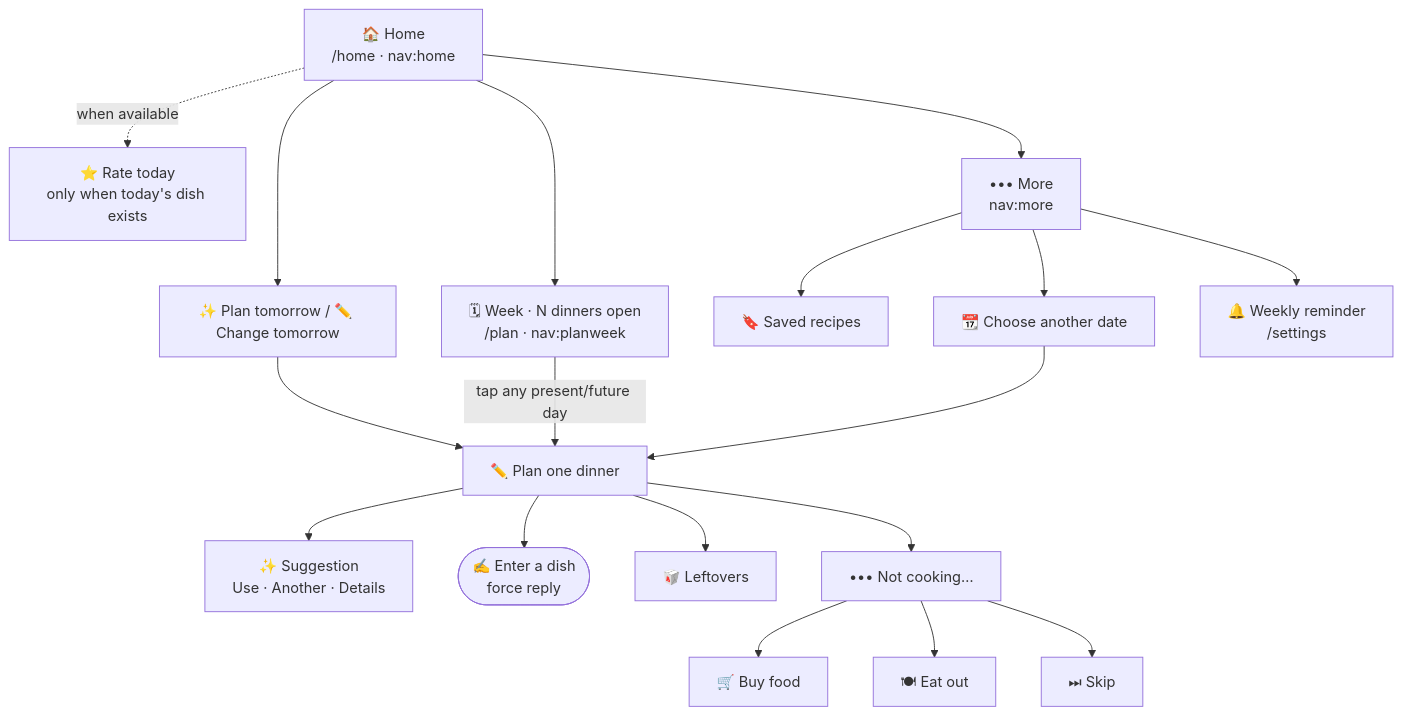
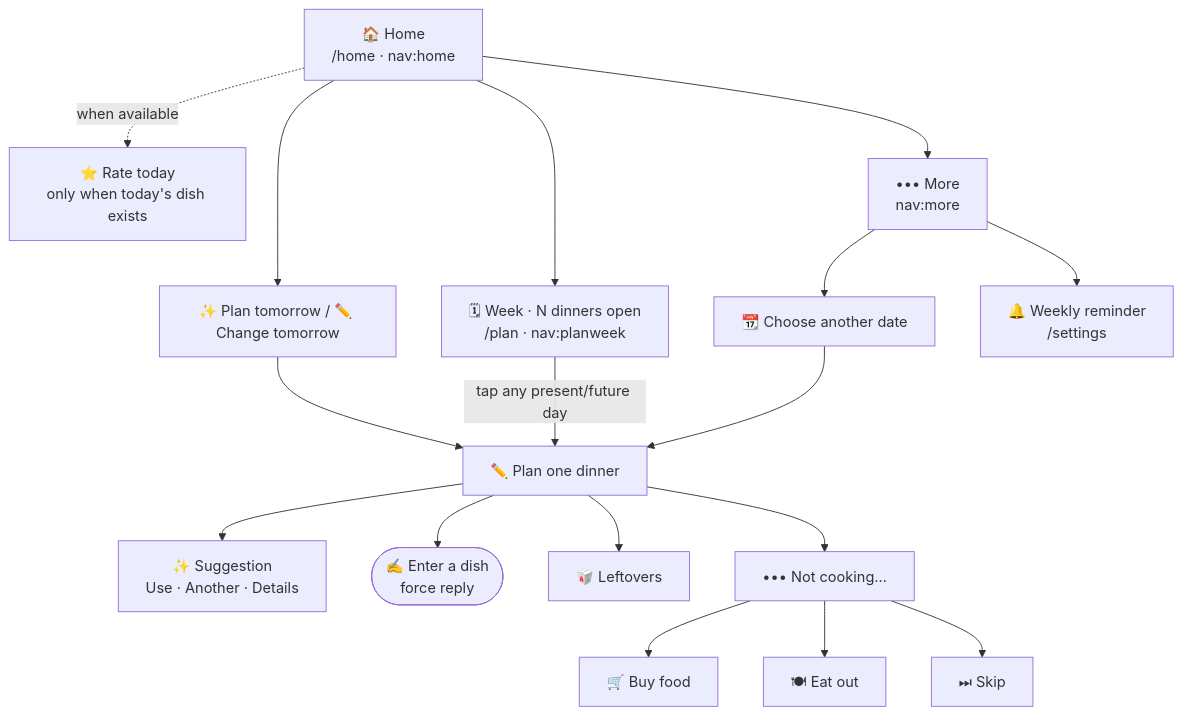
One commit to miimra/meal-planner changed the diagram in docs/menu-state-machine.md. Above: the diagram before and after it, drawn with Mermaid. The commit also changed other lines of this file and 28 other files, not shown here.

````diff
--- a/docs/menu-state-machine.md
+++ b/docs/menu-state-machine.md
@@ -22,35 +22,33 @@
 ```mermaid
 flowchart TD
   home["🏠 Home<br/>/home · nav:home"]
   tomorrow["✨ Plan tomorrow / ✏️ Change tomorrow"]
   week["🗓 Week · N dinners open<br/>/plan · nav:planweek"]
   feedback["⭐ Rate today<br/>only when today's dish exists"]
   more["••• More<br/>nav:more"]
-  saved["🔖 Saved recipes"]
   dates["📆 Choose another date"]
   settings["🔔 Weekly reminder<br/>/settings"]
   action["✏️ Plan one dinner"]
   suggestion["✨ Suggestion<br/>Use · Another · Details"]
   own(["✍️ Enter a dish<br/>force reply"])
   leftovers["🥡 Leftovers"]
   uncommon["••• Not cooking…"]
   buy["🛒 Buy food"]
   out["🍽 Eat out"]
   skip["⏭ Skip"]
 
   home --> tomorrow --> action
   home --> week
   home -. when available .-> feedback
   home --> more
   week -->|tap any present/future day| action
-  more --> saved
   more --> dates --> action
   more --> settings
   action --> suggestion
   action --> own
   action --> leftovers
   action --> uncommon
   uncommon --> buy
   uncommon --> out
   uncommon --> skip
 ```
````
